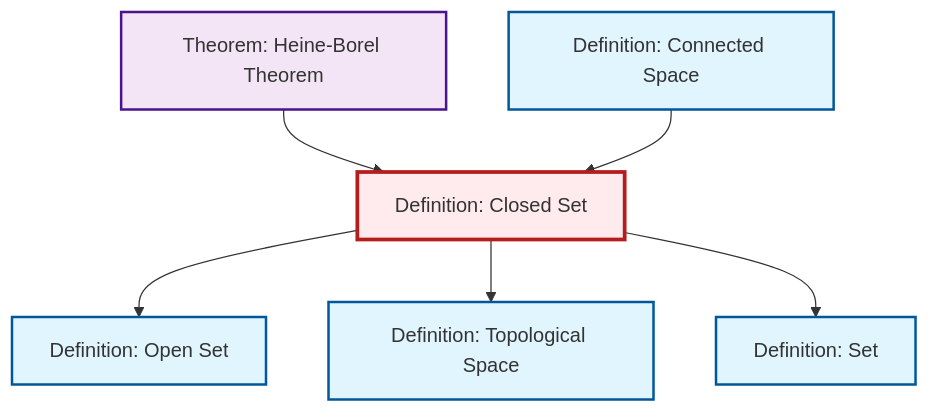
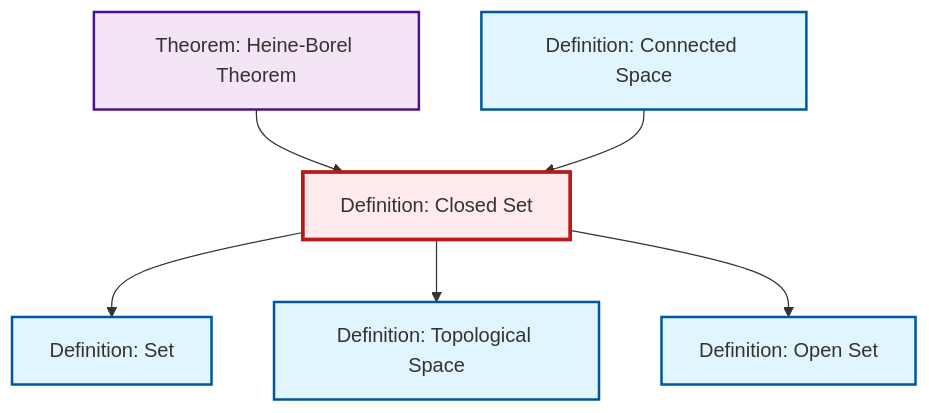
One commit to RK0429/ModernMath changed the diagram in content/en/topology/def-closed-set.qmd. Above: the diagram before and after it, drawn with Mermaid. The commit also changed other lines of this file and 474 other files, not shown here.

````diff
--- a/content/en/topology/def-closed-set.qmd
+++ b/content/en/topology/def-closed-set.qmd
@@ -44,26 +44,26 @@
 ```{mermaid}
 %%| fig-cap: "Local dependency graph"
 graph TD
     classDef definition fill:#e1f5fe,stroke:#01579b,stroke-width:2px
     classDef theorem fill:#f3e5f5,stroke:#4a148c,stroke-width:2px
     classDef axiom fill:#fff3e0,stroke:#e65100,stroke-width:2px
     classDef example fill:#e8f5e9,stroke:#1b5e20,stroke-width:2px
     classDef current fill:#ffebee,stroke:#b71c1c,stroke-width:3px
+    def-open-set["Definition: Open Set"]:::definition
     def-set["Definition: Set"]:::definition
-    def-topological-space["Definition: Topological Space"]:::definition
-    def-closed-set["Definition: Closed Set"]:::definition
     thm-heine-borel["Theorem: Heine-Borel Theorem"]:::theorem
     def-connected["Definition: Connected Space"]:::definition
-    def-open-set["Definition: Open Set"]:::definition
-    def-closed-set --> def-open-set
+    def-closed-set["Definition: Closed Set"]:::definition
+    def-topological-space["Definition: Topological Space"]:::definition
     thm-heine-borel --> def-closed-set
-    def-closed-set --> def-topological-space
     def-connected --> def-closed-set
     def-closed-set --> def-set
+    def-closed-set --> def-topological-space
+    def-closed-set --> def-open-set
     class def-closed-set current
+    click def-open-set "def-open-set.html" "Go to Open Set definition"
     click def-set "def-set.html" "Go to Set definition"
-    click def-topological-space "def-topological-space.html" "Go to Topological Space definition"
     click thm-heine-borel "thm-heine-borel.html" "Go to Heine-Borel Theorem theorem"
     click def-connected "def-connected.html" "Go to Connected Space definition"
-    click def-open-set "def-open-set.html" "Go to Open Set definition"
+    click def-topological-space "def-topological-space.html" "Go to Topological Space definition"
 ```
````
